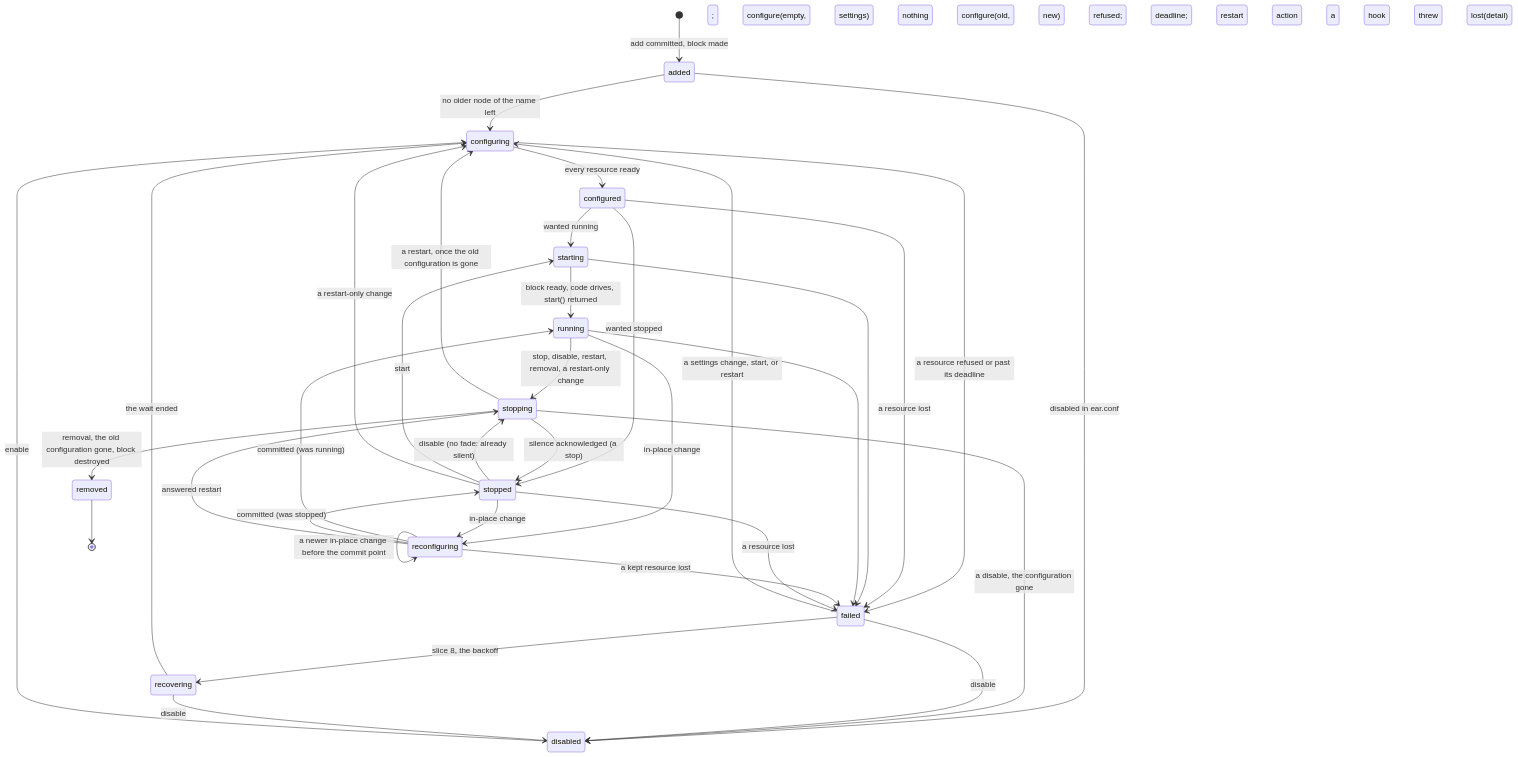
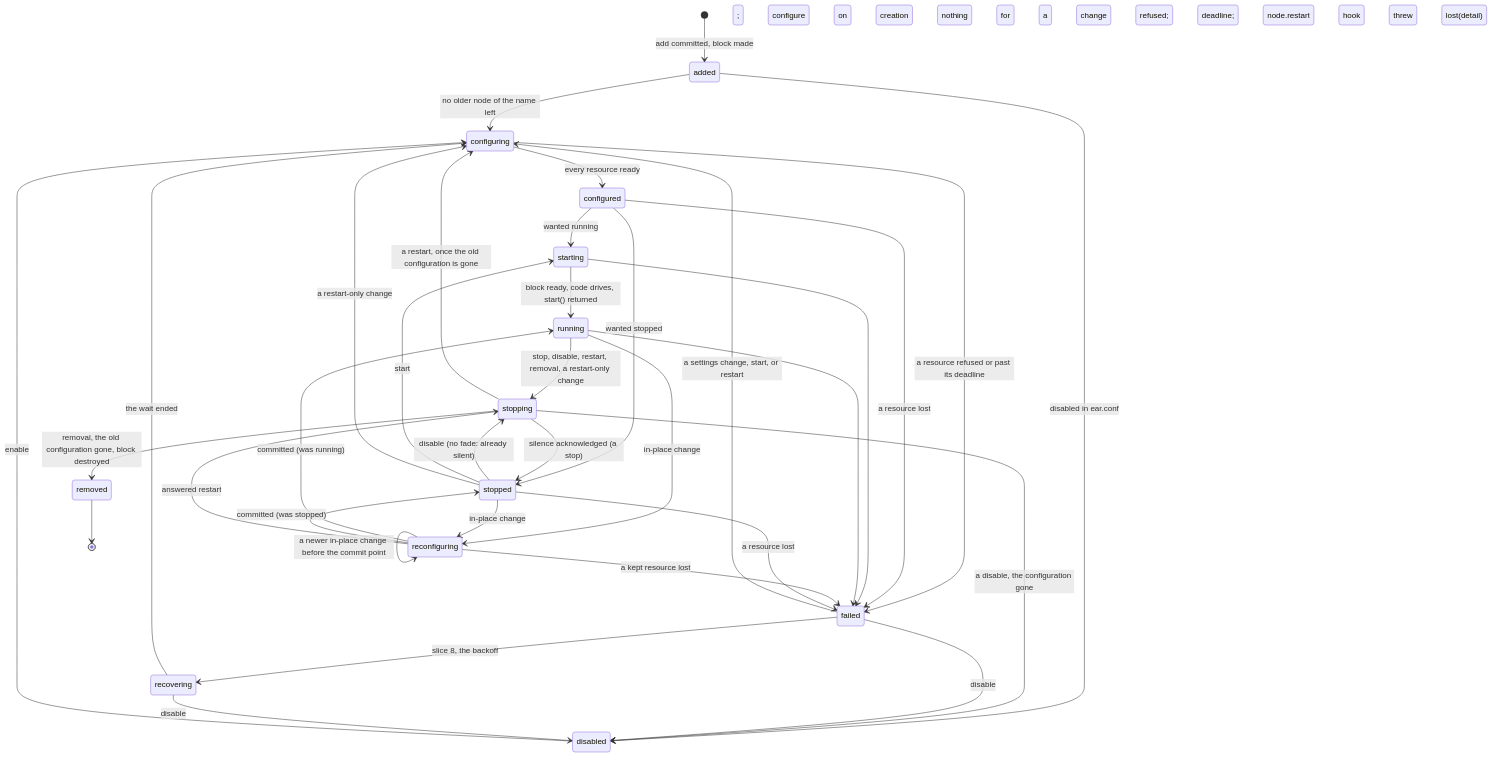
Before and after one commit to mcurcio/ear: the third of 4 diagrams in docs/design/node-framework.md, drawn with Mermaid. The commit also changed other lines of this file and 2 other files, not shown here.

````diff
--- a/docs/design/node-framework.md
+++ b/docs/design/node-framework.md
@@ -309,37 +325,37 @@
 ```mermaid
 stateDiagram-v2
   [*] --> added: add committed, block made
-  added --> configuring: no older node of the name left; configure(empty, settings)
+  added --> configuring: no older node of the name left; configure on creation
   added --> disabled: disabled in ear.conf; nothing configured
   configuring --> configured: every resource ready
   configured --> starting: wanted running
   configured --> stopped: wanted stopped
   starting --> running: block ready, code drives, start() returned
   running --> stopping: stop, disable, restart, removal, a restart-only change
   stopping --> stopped: silence acknowledged (a stop)
   stopping --> disabled: a disable, the configuration gone
   stopped --> stopping: disable (no fade: already silent)
   stopped --> starting: start
   disabled --> configuring: enable
   failed --> disabled: disable
   recovering --> disabled: disable
-  running --> reconfiguring: in-place change; configure(old, new)
-  stopped --> reconfiguring: in-place change; configure(old, new)
+  running --> reconfiguring: in-place change; configure for a change
+  stopped --> reconfiguring: in-place change; configure for a change
   reconfiguring --> reconfiguring: a newer in-place change before the commit point
   reconfiguring --> running: committed (was running)
   reconfiguring --> stopped: committed (was stopped)
-  reconfiguring --> stopping: answered restart; refused; deadline; restart action
+  reconfiguring --> stopping: answered restart; refused; deadline; node.restart
   stopping --> configuring: a restart, once the old configuration is gone
   stopped --> configuring: a restart-only change
   configuring --> failed: a resource refused or past its deadline; a hook threw
   configured --> failed: a resource lost; lost(detail)
   starting --> failed
   running --> failed
   reconfiguring --> failed: a kept resource lost; lost(detail)
   stopped --> failed: a resource lost; lost(detail)
   failed --> configuring: a settings change, start, or restart
   failed --> recovering: slice 8, the backoff
   recovering --> configuring: the wait ended
   stopping --> removed: removal, the old configuration gone, block destroyed
   removed --> [*]
 ```
````
